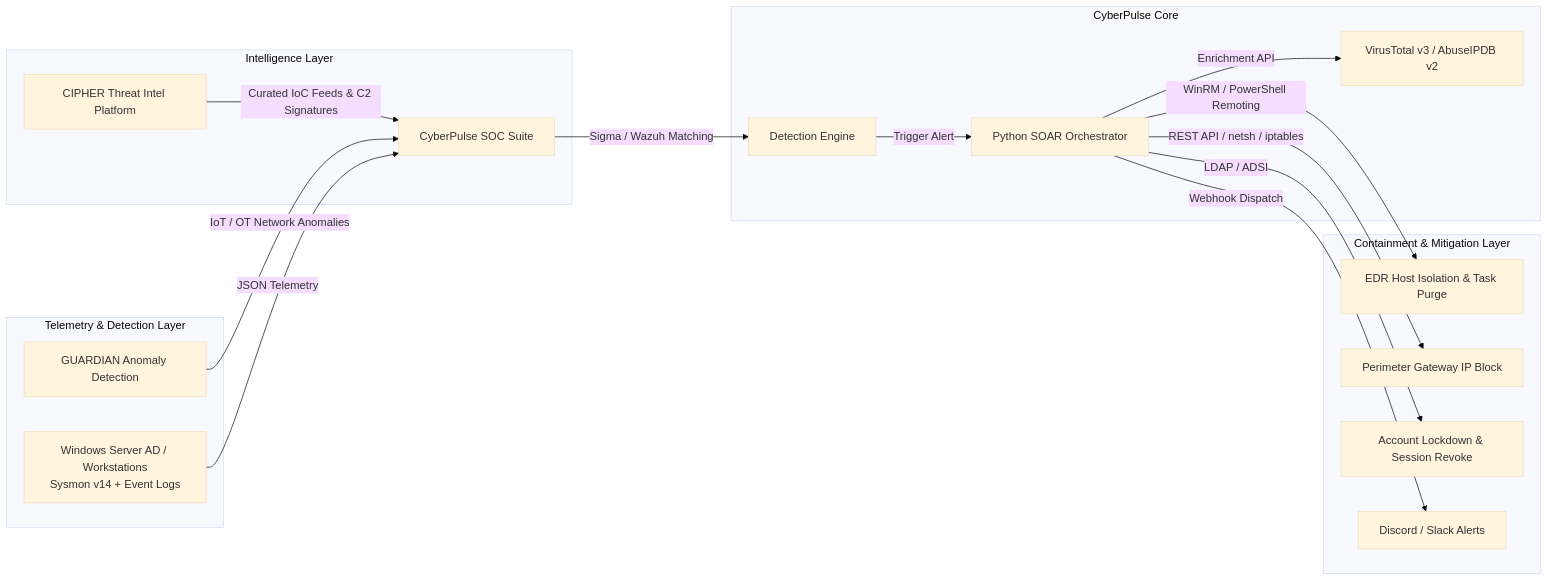
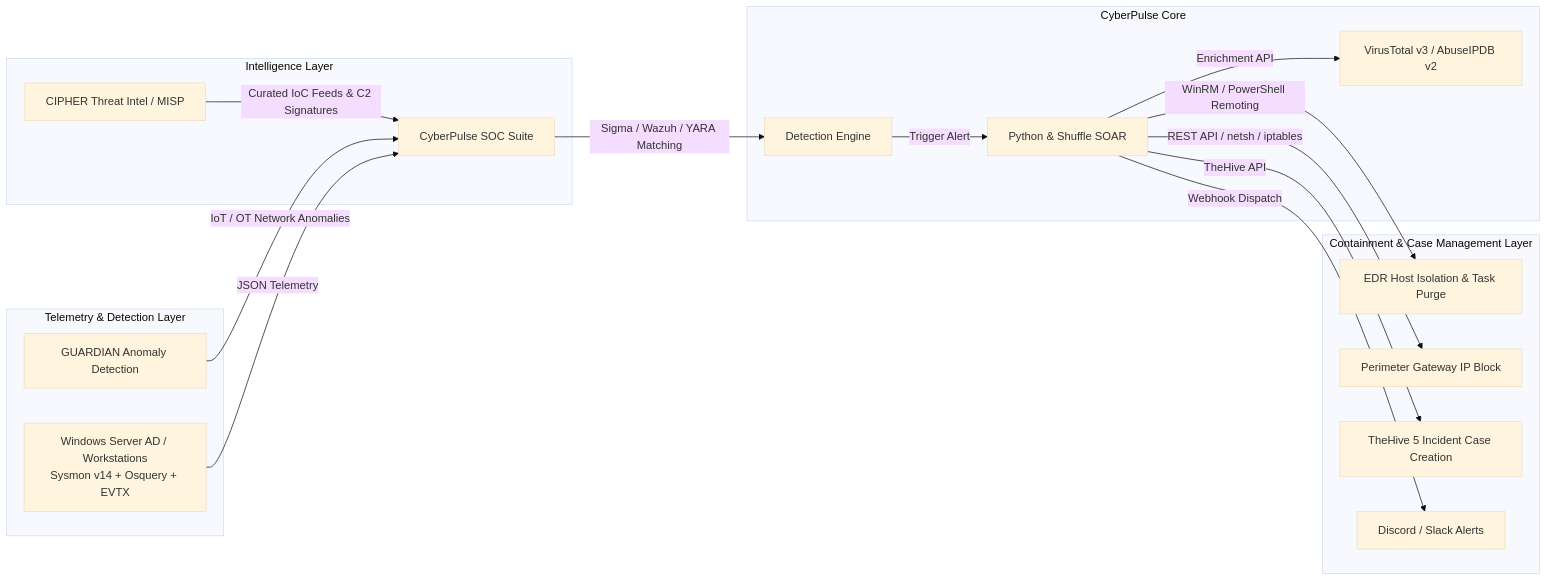
Before and after one commit to lumidren/CyberPulse-SOC-Suite: the diagram in README.md, drawn with Mermaid (base theme). The commit also changed other lines of this file and 13 other files, not shown here.

Commit message:
feat(stack): integrate Velociraptor VQL, Osquery SQL, YARA signatures, Shuffle SOAR, TheHive 5, MISP feeds, Splunk SPL, and Atomic Red Team

````diff
--- a/README.md
+++ b/README.md
@@ -18,24 +40,24 @@
 ```mermaid
 flowchart LR
     subgraph Intelligence Layer
-        C[CIPHER Threat Intel Platform] -->|Curated IoC Feeds & C2 Signatures| CP[CyberPulse SOC Suite]
+        C[CIPHER Threat Intel / MISP] -->|Curated IoC Feeds & C2 Signatures| CP[CyberPulse SOC Suite]
     end
 
     subgraph Telemetry & Detection Layer
         G[GUARDIAN Anomaly Detection] -->|IoT / OT Network Anomalies| CP
-        EP[Windows Server AD / Workstations<br/>Sysmon v14 + Event Logs] -->|JSON Telemetry| CP
+        EP[Windows Server AD / Workstations<br/>Sysmon v14 + Osquery + EVTX] -->|JSON Telemetry| CP
     end
 
     subgraph CyberPulse Core
-        CP -->|Sigma / Wazuh Matching| DE[Detection Engine]
-        DE -->|Trigger Alert| SOAR[Python SOAR Orchestrator]
+        CP -->|Sigma / Wazuh / YARA Matching| DE[Detection Engine]
+        DE -->|Trigger Alert| SOAR[Python & Shuffle SOAR]
         SOAR -->|Enrichment API| TI[VirusTotal v3 / AbuseIPDB v2]
     end
 
-    subgraph Containment & Mitigation Layer
+    subgraph Containment & Case Management Layer
         SOAR -->|WinRM / PowerShell Remoting| ISO[EDR Host Isolation & Task Purge]
         SOAR -->|REST API / netsh / iptables| FW[Perimeter Gateway IP Block]
-        SOAR -->|LDAP / ADSI| USR[Account Lockdown & Session Revoke]
+        SOAR -->|TheHive API| TH[TheHive 5 Incident Case Creation]
         SOAR -->|Webhook Dispatch| NOTIF[Discord / Slack Alerts]
     end
 ```
````
